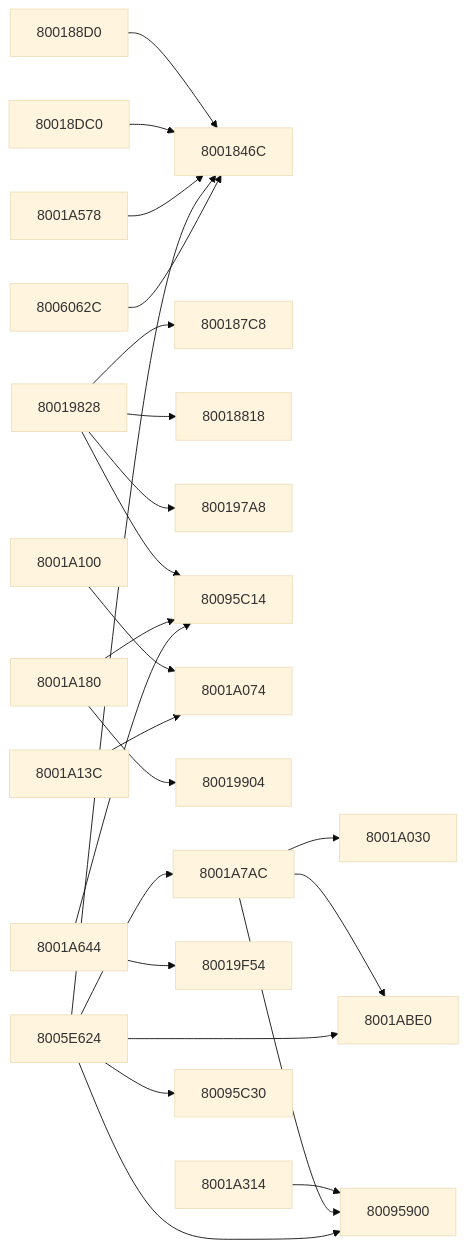
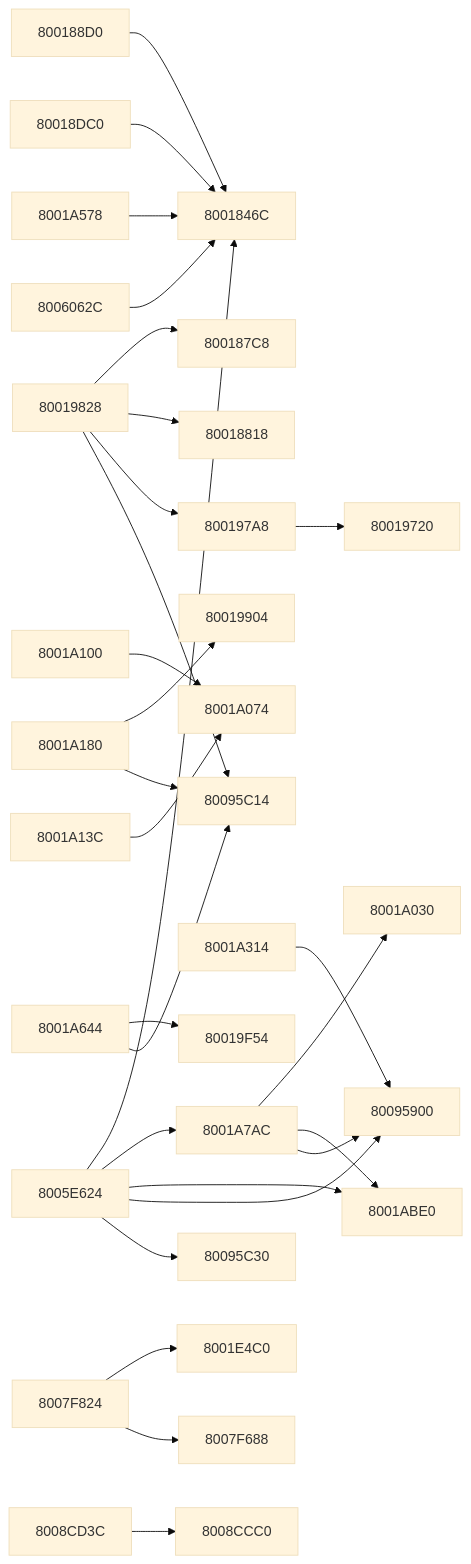
Before and after one commit to kai-luni/Future-Cop-L.A.P.D-PS1: the tenth of 11 diagrams in docs/FUNCTION_MAP.md, drawn with Mermaid (base theme). The commit also changed other lines of this file, not shown here.

````diff
--- a/docs/FUNCTION_MAP.md
+++ b/docs/FUNCTION_MAP.md
@@ -3928,50 +4356,60 @@
 ```mermaid
 graph LR
     f800188d0 --> f8001846c
     f80018dc0 --> f8001846c
+    f800197a8 --> f80019720
     f80019828 --> f800187c8
     f80019828 --> f80018818
     f80019828 --> f800197a8
     f80019828 --> f80095c14
     f8001a100 --> f8001a074
     f8001a13c --> f8001a074
     f8001a180 --> f80019904
     f8001a180 --> f80095c14
     f8001a314 --> f80095900
     f8001a578 --> f8001846c
     f8001a644 --> f80019f54
     f8001a644 --> f80095c14
     f8001a7ac --> f8001a030
     f8001a7ac --> f8001abe0
     f8001a7ac --> f80095900
     f8005e624 --> f8001846c
     f8005e624 --> f8001a7ac
     f8005e624 --> f8001abe0
     f8005e624 --> f80095900
     f8005e624 --> f80095c30
     f8006062c --> f8001846c
+    f8007f824 --> f8001e4c0
+    f8007f824 --> f8007f688
+    f8008cd3c --> f8008ccc0
     f8001846c["8001846C"]
     f800187c8["800187C8"]
     f80018818["80018818"]
     f800188d0["800188D0"]
     f80018dc0["80018DC0"]
+    f80019720["80019720"]
     f800197a8["800197A8"]
     f80019828["80019828"]
     f80019904["80019904"]
     f80019f54["80019F54"]
     f8001a030["8001A030"]
     f8001a074["8001A074"]
     f8001a100["8001A100"]
     f8001a13c["8001A13C"]
     f8001a180["8001A180"]
     f8001a314["8001A314"]
     f8001a578["8001A578"]
     f8001a644["8001A644"]
     f8001a7ac["8001A7AC"]
     f8001abe0["8001ABE0"]
+    f8001e4c0["8001E4C0"]
     f8005e624["8005E624"]
     f8006062c["8006062C"]
+    f8007f688["8007F688"]
+    f8007f824["8007F824"]
+    f8008ccc0["8008CCC0"]
+    f8008cd3c["8008CD3C"]
     f80095900["80095900"]
     f80095c14["80095C14"]
     f80095c30["80095C30"]
 ```
````
